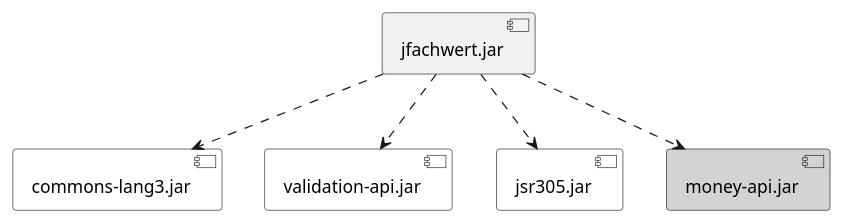
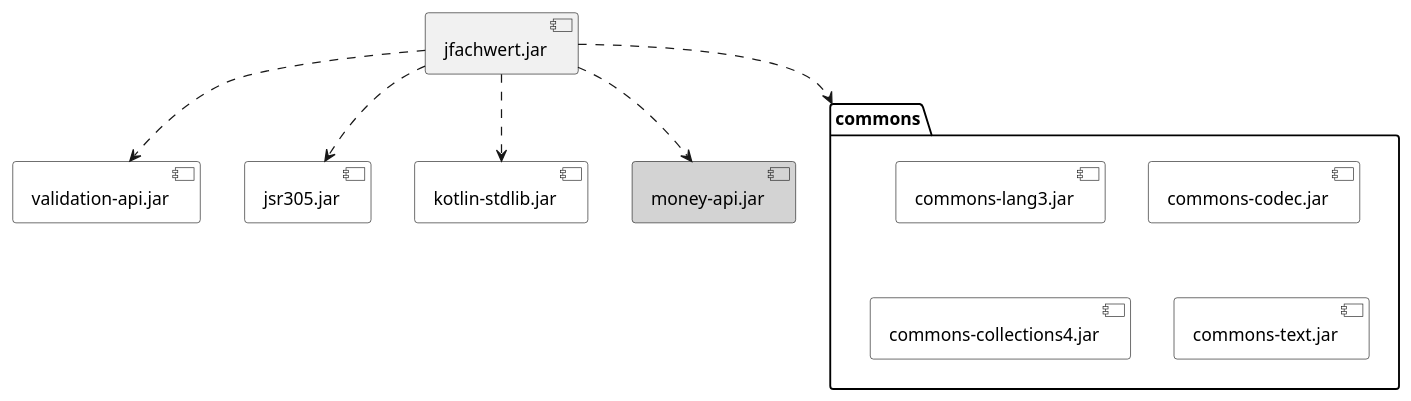
The diagram in src/main/asciidoc/images/dependencies.puml (oboehm/jfachwert), drawn with PlantUML before and after one commit. The commit also changed 7 other files, not shown here.

```diff
--- a/src/main/asciidoc/images/dependencies.puml
+++ b/src/main/asciidoc/images/dependencies.puml
@@ -1,16 +1,31 @@
 @startuml
 
-[jfachwert.jar] ..> [commons-lang3.jar]
+folder "commons" {
+
+    [commons-lang3.jar]
+    [commons-codec.jar]
+    [commons-collections4.jar]
+    [commons-text.jar]
+
+}
+
+[jfachwert.jar] ..> commons
 
 [jfachwert.jar] ..> [validation-api.jar]
 
 [jfachwert.jar] ..> [jsr305.jar]
 
+[jfachwert.jar] ..> [kotlin-stdlib.jar]
+
 [jfachwert.jar] ..> [money-api.jar]
 
 [commons-lang3.jar] #White
+[commons-codec.jar] #White
+[commons-collections4.jar] #White
+[commons-text.jar] #White
 [validation-api.jar] #White
 [jsr305.jar] #White
+[kotlin-stdlib.jar] #White
 [money-api.jar] #Lightgrey
 
 @enduml
```
